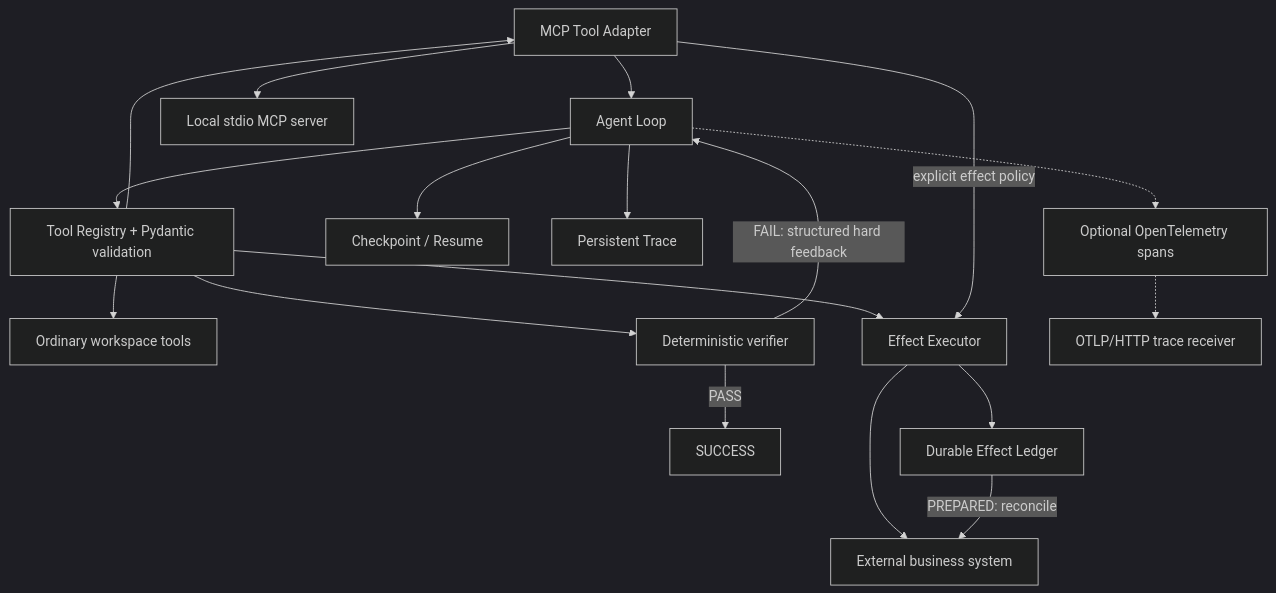
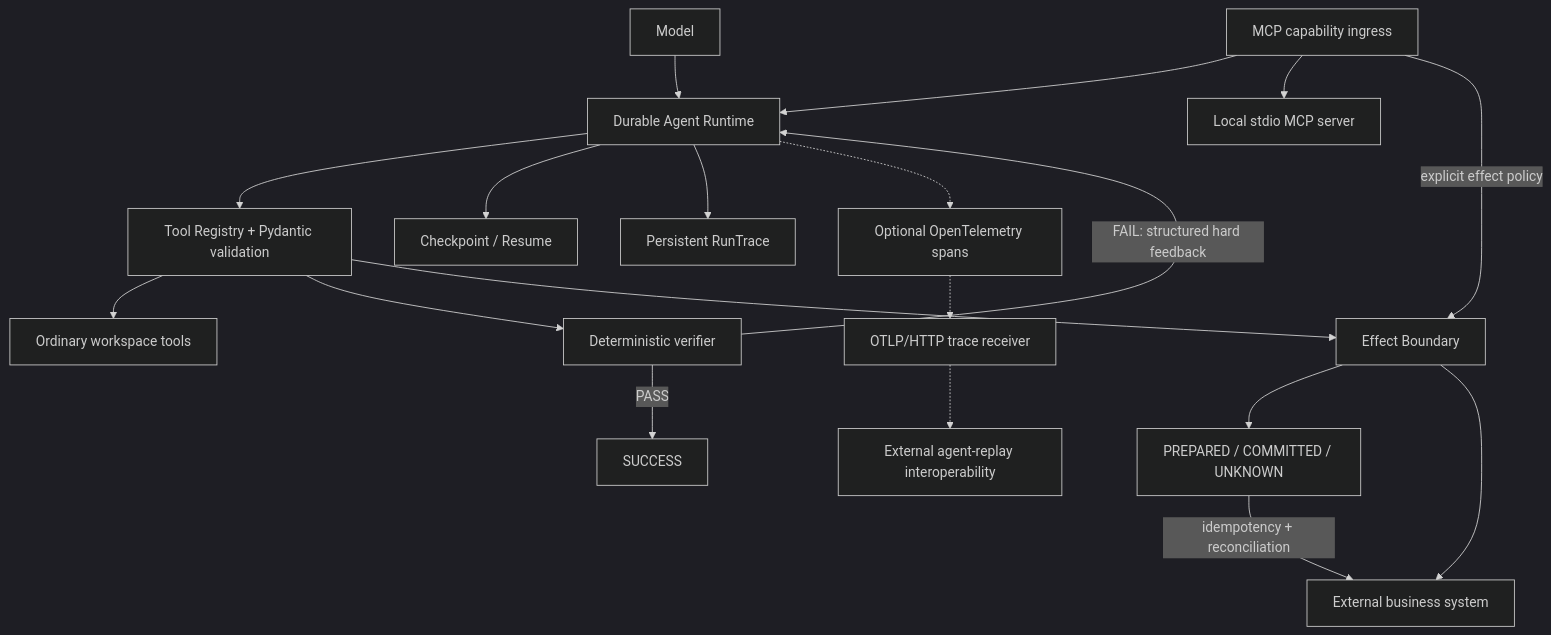
One commit to Malgierw/reliable-task-agent changed the diagram in README.md. Above: the diagram before and after it, drawn with Mermaid (dark theme). The commit also changed other lines of this file, not shown here.

Commit message:
docs: document v0.3.0 security boundary

````diff
--- a/README.md
+++ b/README.md
@@ -35,20 +36,21 @@
 ```mermaid
 flowchart TD
-    M["Model"] --> A["Agent Loop"]
+    MCP["MCP capability ingress"] --> A["Durable Agent Runtime"]
+    M["Model"] --> A
     A --> R["Tool Registry + Pydantic validation"]
     A --> C["Checkpoint / Resume"]
-    A --> T["Persistent Trace"]
+    A --> T["Persistent RunTrace"]
     R --> O["Ordinary workspace tools"]
     R --> V["Deterministic verifier"]
     V -->|"FAIL: structured hard feedback"| A
     V -->|"PASS"| S["SUCCESS"]
-    R --> E["Effect Executor"]
-    R --> M["MCP Tool Adapter"]
-    M --> MS["Local stdio MCP server"]
-    M -->|"explicit effect policy"| E
-    E --> L["Durable Effect Ledger"]
+    MCP --> MS["Local stdio MCP server"]
+    MCP -->|"explicit effect policy"| E["Effect Boundary"]
+    R --> E
+    E --> L["PREPARED / COMMITTED / UNKNOWN"]
     E --> B["External business system"]
-    L -->|"PREPARED: reconcile"| B
+    L -->|"idempotency + reconciliation"| B
     A -.-> OT["Optional OpenTelemetry spans"]
     OT -.-> OTL["OTLP/HTTP trace receiver"]
+    OTL -.-> AR["External agent-replay interoperability"]
 ```
````
